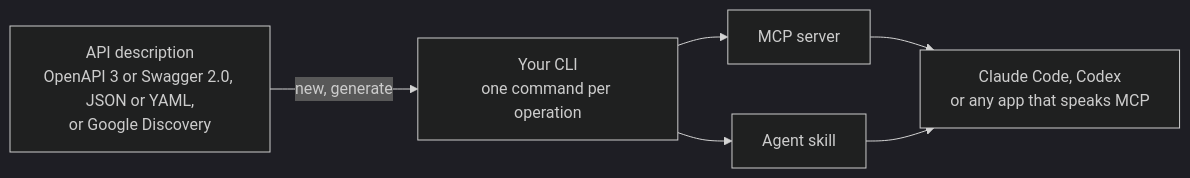
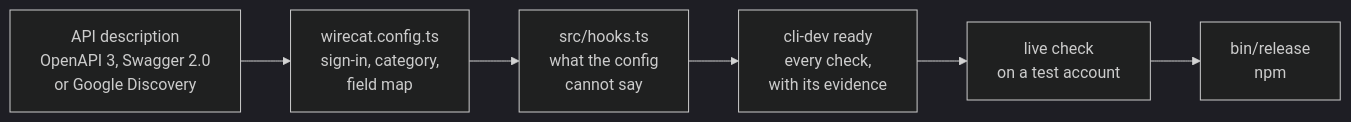
Before and after one commit to WireCatLabs/cli-template: the diagram in README.md, drawn with Mermaid (dark theme). The commit also changed other lines of this file and 2 other files, not shown here.

First line of the commit message:
docs(readme): say why, what and how, with two quick-start paths (#188)

````diff
--- a/README.md
+++ b/README.md
@@ -50,8 +149,8 @@
 ```mermaid
 flowchart LR
-  spec["API description<br/>OpenAPI 3 or Swagger 2.0, JSON or YAML,<br/>or Google Discovery"] -->|new, generate| cli["Your CLI<br/>one command per operation"]
-  cli --> mcp["MCP server"]
-  cli --> skill["Agent skill"]
-  mcp --> apps["Claude Code, Codex<br/>or any app that speaks MCP"]
-  skill --> apps
+  spec["API description<br/>OpenAPI 3, Swagger 2.0<br/>or Google Discovery"] --> config["wirecat.config.ts<br/>sign-in, category,<br/>field map"]
+  config --> hooks["src/hooks.ts<br/>what the config<br/>cannot say"]
+  hooks --> ready["cli-dev ready<br/>every check,<br/>with its evidence"]
+  ready --> live["live check<br/>on a test account"]
+  live --> release["bin/release<br/>npm"]
 ```
````
